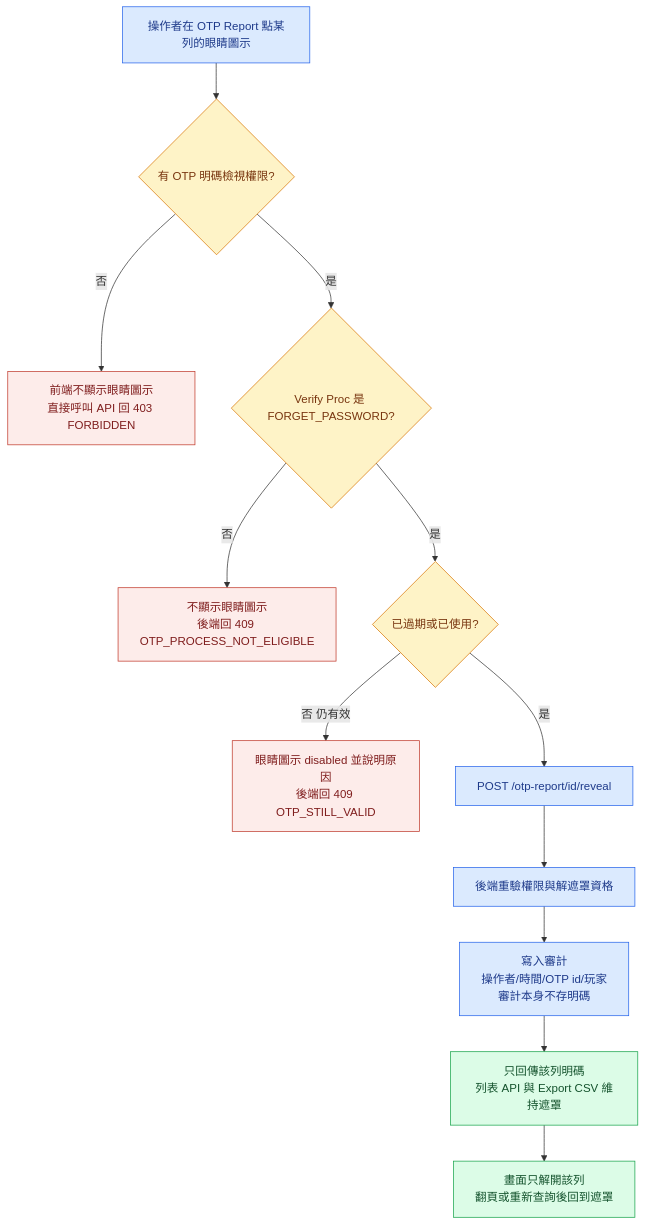
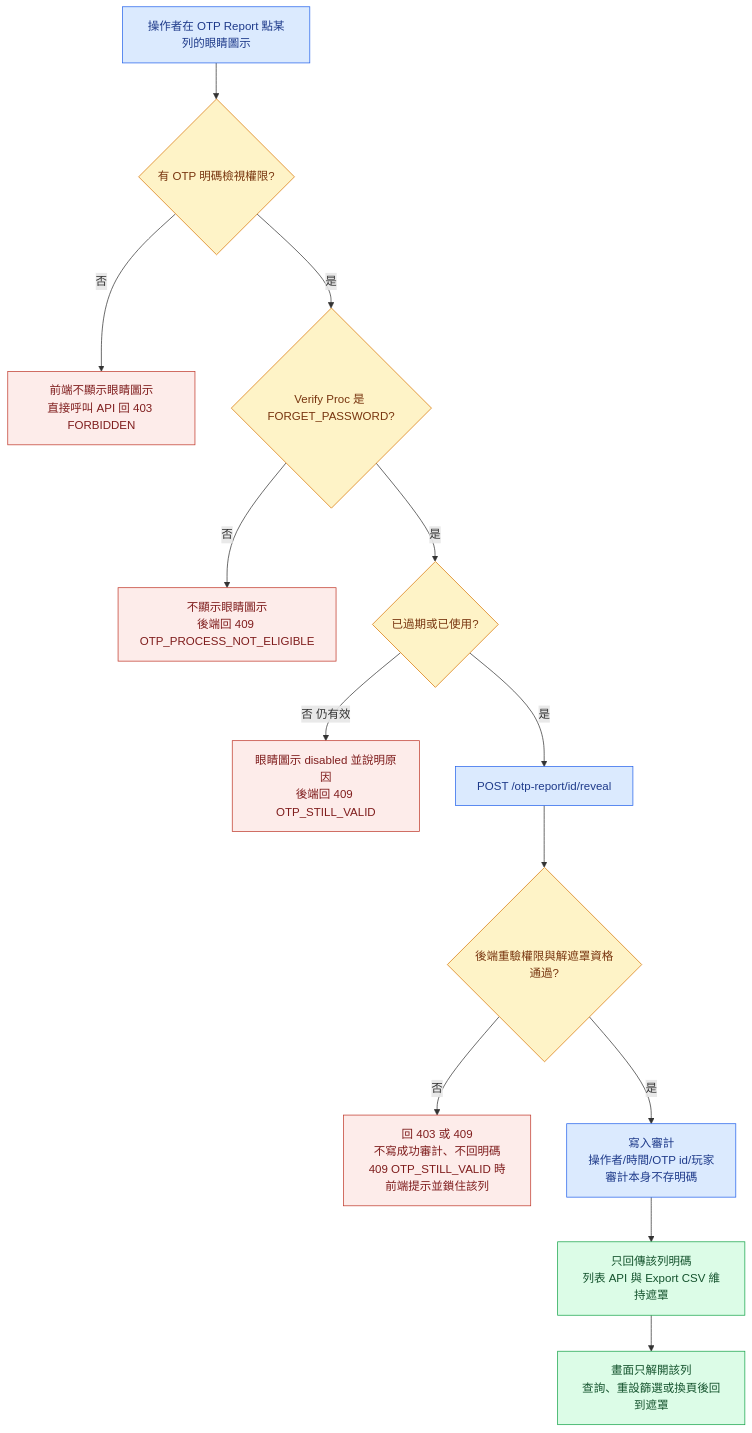
Before and after one commit to guswei/betally-bo-mockup: the diagram in otp-unmask/otp_unmask_flow.mmd, drawn with Mermaid. The commit also changed 4 other files, not shown here.

```diff
--- a/otp-unmask/otp_unmask_flow.mmd
+++ b/otp-unmask/otp_unmask_flow.mmd
@@ -1,20 +1,21 @@
 flowchart TD
   A[操作者在 OTP Report 點某列的眼睛圖示] --> B{有 OTP 明碼檢視權限?}
   B -->|否| C[前端不顯示眼睛圖示<br/>直接呼叫 API 回 403 FORBIDDEN]
   B -->|是| D{Verify Proc 是 FORGET_PASSWORD?}
   D -->|否| E[不顯示眼睛圖示<br/>後端回 409 OTP_PROCESS_NOT_ELIGIBLE]
   D -->|是| F{已過期或已使用?}
   F -->|否 仍有效| G[眼睛圖示 disabled 並說明原因<br/>後端回 409 OTP_STILL_VALID]
   F -->|是| H[POST /otp-report/id/reveal]
-  H --> I[後端重驗權限與解遮罩資格]
-  I --> J[寫入審計<br/>操作者/時間/OTP id/玩家<br/>審計本身不存明碼]
+  H --> I{後端重驗權限與解遮罩資格<br/>通過?}
+  I -->|否| M[回 403 或 409<br/>不寫成功審計、不回明碼<br/>409 OTP_STILL_VALID 時前端提示並鎖住該列]
+  I -->|是| J[寫入審計<br/>操作者/時間/OTP id/玩家<br/>審計本身不存明碼]
   J --> K[只回傳該列明碼<br/>列表 API 與 Export CSV 維持遮罩]
-  K --> L[畫面只解開該列<br/>翻頁或重新查詢後回到遮罩]
+  K --> L[畫面只解開該列<br/>查詢、重設篩選或換頁後回到遮罩]
   classDef step fill:#dbeafe,stroke:#2563eb,color:#1e3a8a
   classDef dec  fill:#fef3c7,stroke:#d97706,color:#78350f
   classDef stop fill:#fdecea,stroke:#c0392b,color:#7f1d1d
   classDef done fill:#dcfce7,stroke:#16a34a,color:#14532d
-  class A,H,I,J step
-  class B,D,F dec
-  class C,E,G stop
+  class A,H,J step
+  class B,D,F,I dec
+  class C,E,G,M stop
   class K,L done
```
